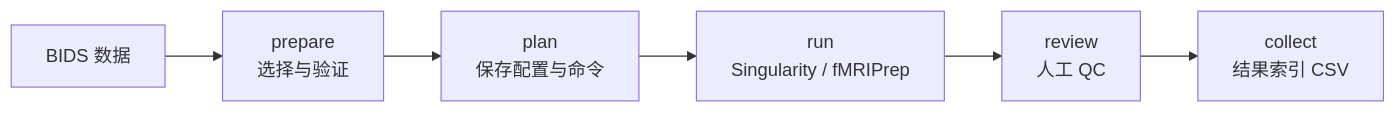
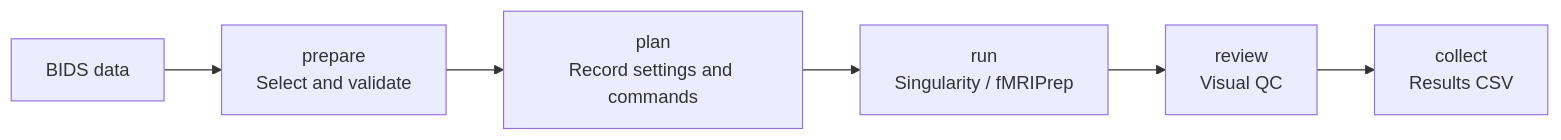
The diagram in README.md (oneoutofseven/fmri-prep-flow), drawn with Mermaid before and after one commit. The commit also changed other lines of this file, not shown here.

````diff
--- a/README.md
+++ b/README.md
@@ -7,8 +8,8 @@
 ```mermaid
 flowchart LR
-    A["BIDS 数据"] --> B["prepare<br/>选择与验证"]
-    B --> C["plan<br/>保存配置与命令"]
+    A["BIDS data"] --> B["prepare<br/>Select and validate"]
+    B --> C["plan<br/>Record settings and commands"]
     C --> D["run<br/>Singularity / fMRIPrep"]
-    D --> E["review<br/>人工 QC"]
-    E --> F["collect<br/>结果索引 CSV"]
+    D --> E["review<br/>Visual QC"]
+    E --> F["collect<br/>Results CSV"]
 ```
````
